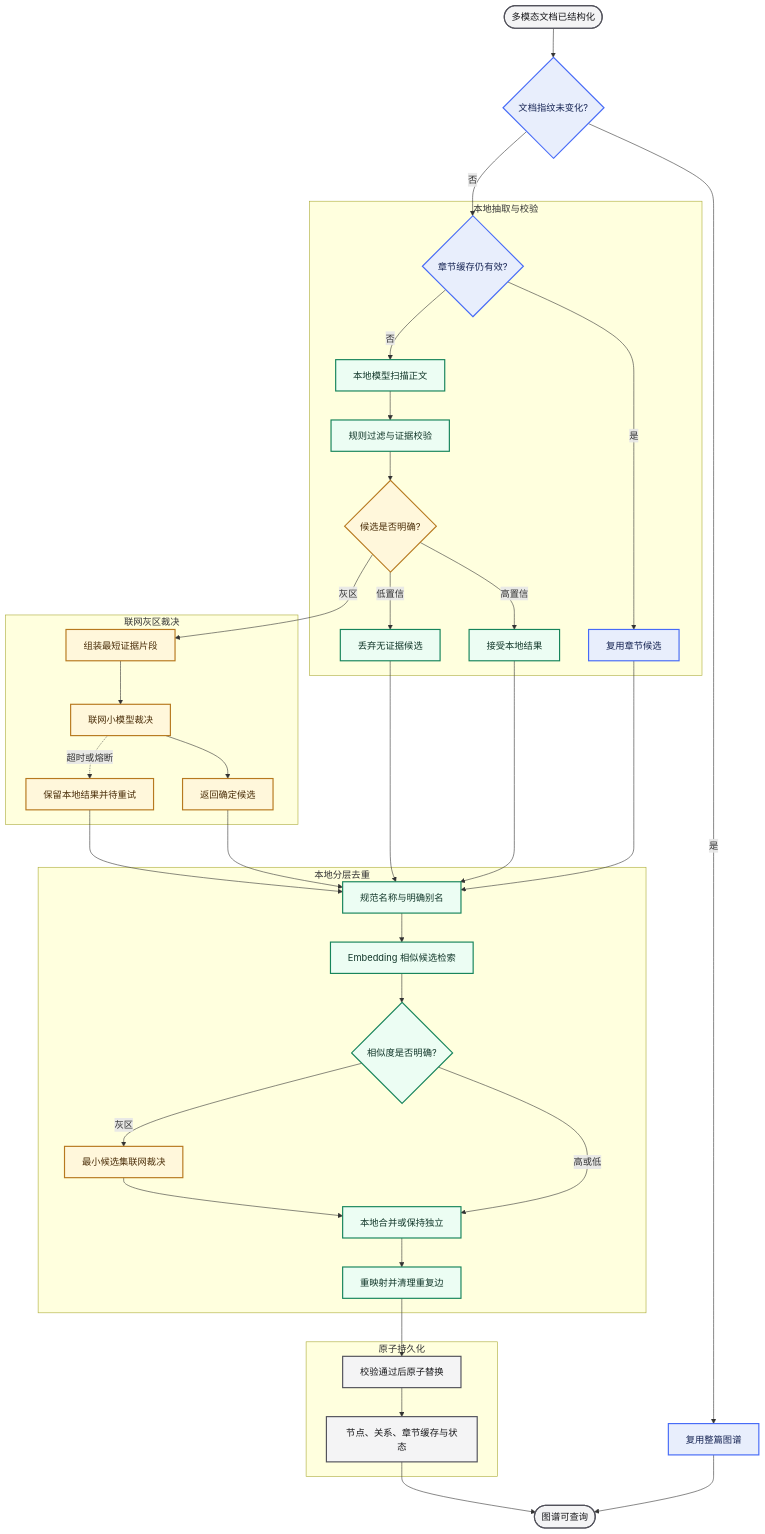
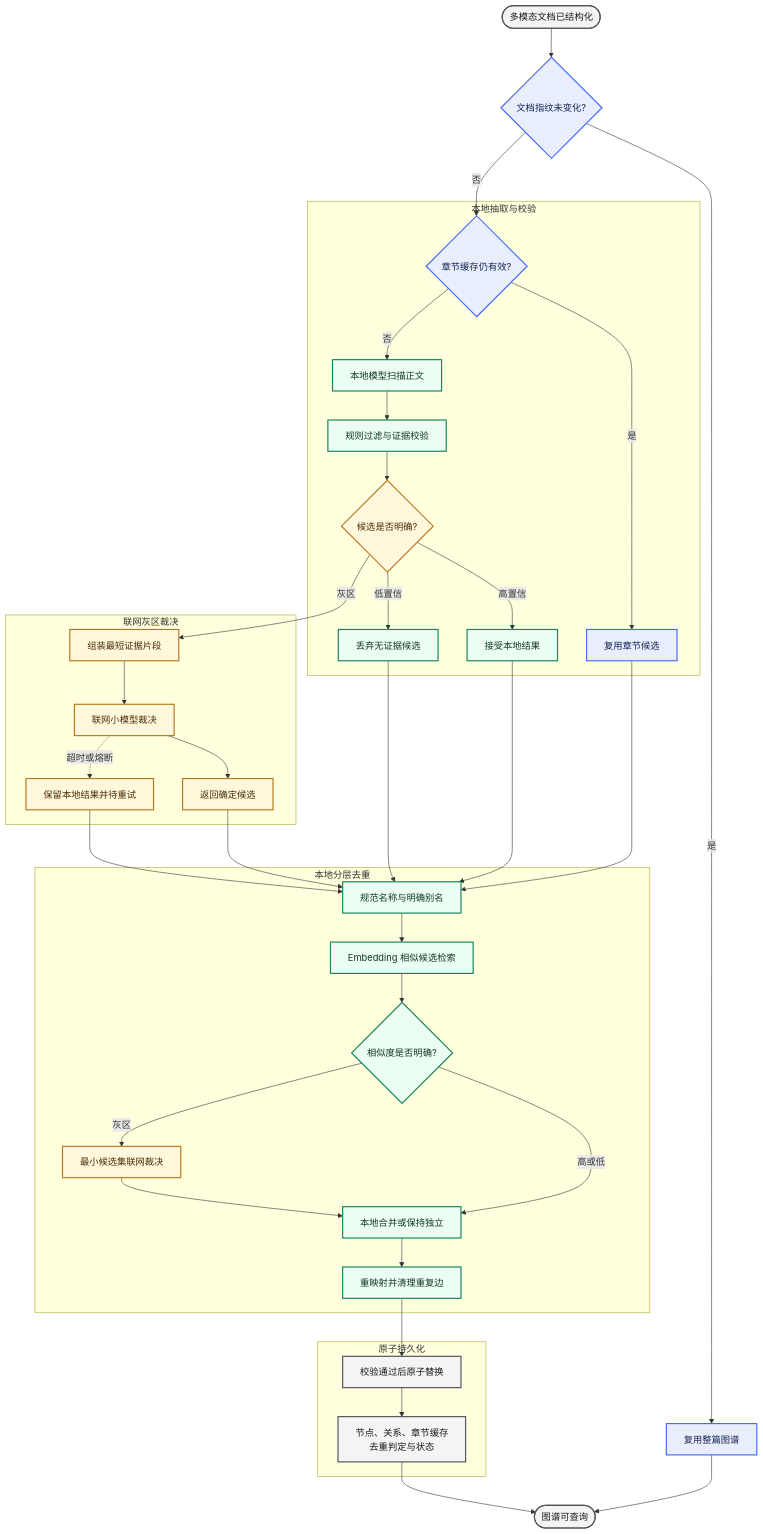
Diagram 21 of 23 in docs/WORKFLOW.md (xiao-Huahuo/Agent-Core-Service), drawn with Mermaid before and after one commit. The commit also changed 18 other files, not shown here.

Commit message:
图谱抽取成本优化

````diff
--- a/docs/WORKFLOW.md
+++ b/docs/WORKFLOW.md
@@ -540,58 +540,58 @@
 ```mermaid
 flowchart TB
     accTitle: 本地优先的增量图谱抽取
     accDescr: 文档先按文档和章节哈希复用已有结果，变化章节由本地模型抽取，仅将无法确定的最小证据片段交给联网模型裁决，最后本地去重并原子写入数据库。
 
     start(["多模态文档已结构化"]) --> document_cache{"文档指纹未变化?"}
     document_cache -->|"是"| reuse_document["复用整篇图谱"]
     document_cache -->|"否"| section_cache{"章节缓存仍有效?"}
 
     subgraph local_extract ["本地抽取与校验"]
         section_cache -->|"是"| reuse_section["复用章节候选"]
         section_cache -->|"否"| local_scan["本地模型扫描正文"]
         local_scan --> local_rules["规则过滤与证据校验"]
         local_rules --> confidence_route{"候选是否明确?"}
         confidence_route -->|"高置信"| accepted_local["接受本地结果"]
         confidence_route -->|"低置信"| discard_candidate["丢弃无证据候选"]
     end
 
     subgraph remote_judge ["联网灰区裁决"]
         confidence_route -->|"灰区"| minimal_context["组装最短证据片段"]
         minimal_context --> remote_model["联网小模型裁决"]
         remote_model --> accepted_remote["返回确定候选"]
         remote_model -.->|"超时或熔断"| pending_retry["保留本地结果并待重试"]
     end
 
     subgraph local_dedup ["本地分层去重"]
         reuse_section --> normalize_entities["规范名称与明确别名"]
         accepted_local --> normalize_entities
         accepted_remote --> normalize_entities
         pending_retry --> normalize_entities
         normalize_entities --> embedding_match["Embedding 相似候选检索"]
         embedding_match --> dedup_route{"相似度是否明确?"}
         dedup_route -->|"高或低"| remap_edges["本地合并或保持独立"]
         dedup_route -->|"灰区"| dedup_remote["最小候选集联网裁决"]
         dedup_remote --> remap_edges
         remap_edges --> clean_edges["重映射并清理重复边"]
     end
 
     subgraph persistence ["原子持久化"]
         clean_edges --> commit_graph["校验通过后原子替换"]
-        commit_graph --> graph_tables["节点、关系、章节缓存与状态"]
+        commit_graph --> graph_tables["节点、关系、章节缓存<br/>去重判定与状态"]
     end
 
     reuse_document --> done(["图谱可查询"])
     discard_candidate --> normalize_entities
     graph_tables --> done
 
     classDef cache fill:#e8eefc,stroke:#476bf7,stroke-width:2px,color:#172554
     classDef local fill:#ecfdf3,stroke:#16845b,stroke-width:2px,color:#12372a
     classDef remote fill:#fff7db,stroke:#b7791f,stroke-width:2px,color:#4a2d08
     classDef result fill:#f4f4f5,stroke:#52525b,stroke-width:2px,color:#18181b
 
     class document_cache,section_cache,reuse_document,reuse_section cache
     class local_scan,local_rules,accepted_local,discard_candidate,normalize_entities,embedding_match,dedup_route,remap_edges,clean_edges local
     class confidence_route,minimal_context,remote_model,accepted_remote,pending_retry,dedup_remote remote
     class start,commit_graph,graph_tables,done result
 
 ```
````
